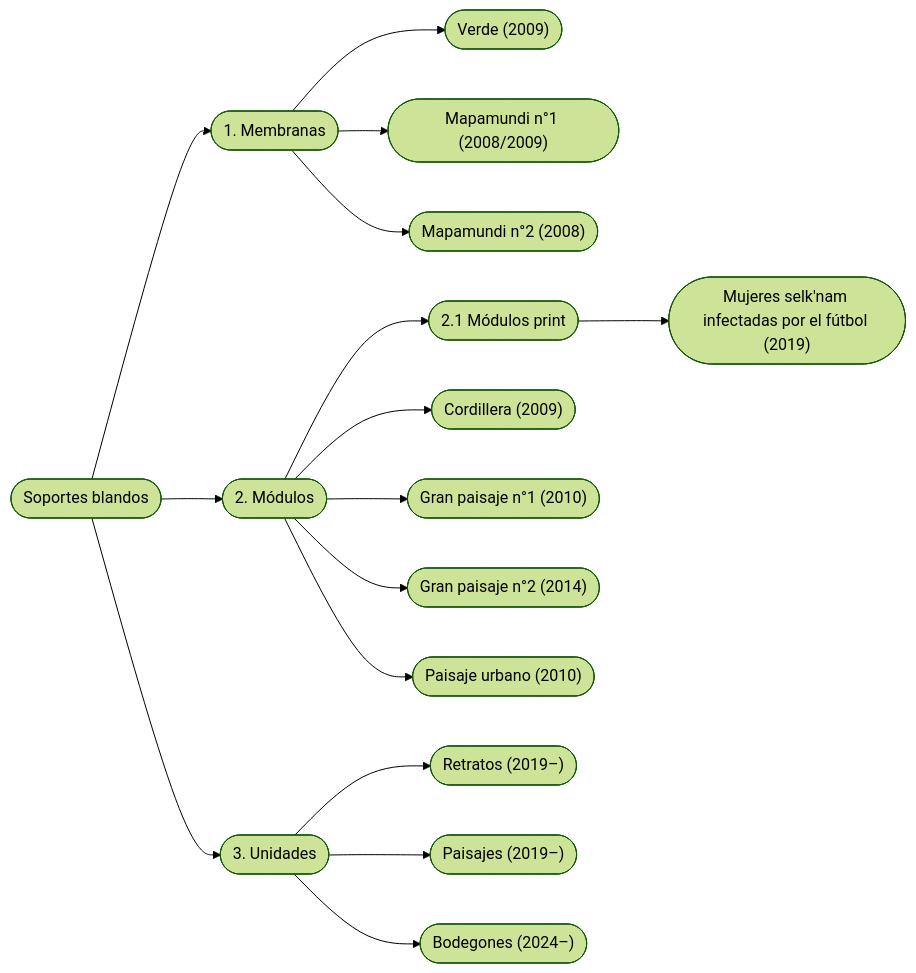
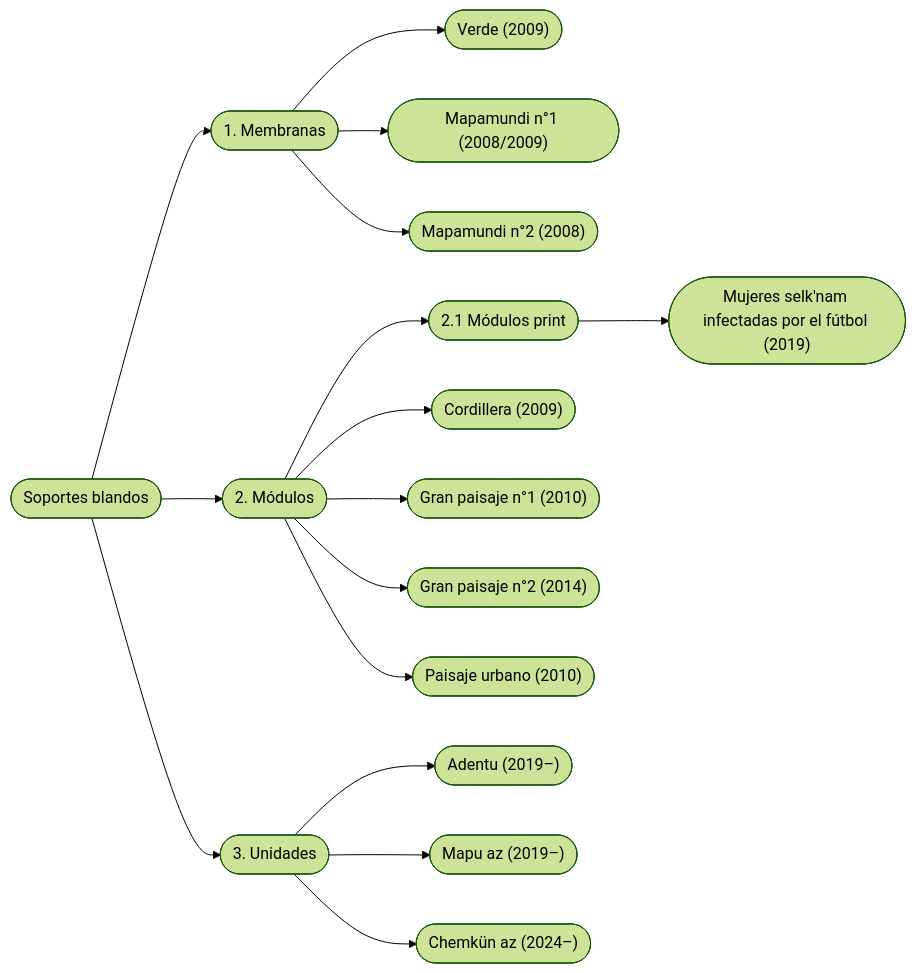
The third of 6 diagrams in MPD/peste-pinturas-infectadas.md (EGGS-Artesvisuales/EGGS-Artesvisuales.github.io), drawn with Mermaid (forest theme) before and after one commit. The commit also changed other lines of this file and 43 other files, not shown here.

```diff
--- a/MPD/peste-pinturas-infectadas.md
+++ b/MPD/peste-pinturas-infectadas.md
@@ -437,49 +437,49 @@
 <div class="mermaid">
 flowchart LR
   SB([Soportes blandos])
   MEM(["1. Membranas"])
   MOD(["2. Módulos"])
   MODP(["2.1 Módulos print"])
   UNI(["3. Unidades"])
 
   SB --> MEM
   SB --> MOD
   MOD --> MODP
   SB --> UNI
 
   MEM --> VER(["Verde (2009)"])
   MEM --> MAP1(["Mapamundi n°1 (2008/2009)"])
   MEM --> MAP2(["Mapamundi n°2 (2008)"])
 
   MOD --> COR(["Cordillera (2009)"])
   MOD --> GP1(["Gran paisaje n°1 (2010)"])
   MOD --> GP2(["Gran paisaje n°2 (2014)"])
   MOD --> PU(["Paisaje urbano (2010)"])
 
   MODP --> SELK(["Mujeres selk'nam infectadas por el fútbol (2019)"])
 
-  UNI --> URET(["Retratos (2019–)"])
-  UNI --> UPAI(["Paisajes (2019–)"])
-  UNI --> UBOD(["Bodegones (2024–)"])
+  UNI --> URET(["Adentu (2019–)"])
+  UNI --> UPAI(["Mapu az (2019–)"])
+  UNI --> UBOD(["Chemkün az (2024–)"])
 
   click SB "#soportes-blandos" "Ir a Soportes blandos"
   click MEM "#membranas" "Ir a Membranas"
   click MOD "#modulos" "Ir a Módulos"
   click MODP "#modulos-prints" "Ir a Módulos print"
   click UNI "#unidades" "Ir a Unidades"
 
   click VER "#verde-2009" "Ir a Verde (2009)"
   click MAP1 "#mapamundi-2009-1" "Ir a Mapamundi n°1 (2008/2009)"
   click MAP2 "#mapamundi-2008-2" "Ir a Mapamundi n°2 (2008)"
 
   click COR "#cordillera-2009" "Ir a Cordillera (2009)"
   click GP1 "#gran-paisaje-1-2010" "Ir a Gran paisaje n°1 (2010)"
   click GP2 "#gran-paisaje-2-2014" "Ir a Gran paisaje n°2 (2014)"
   click PU "#paisaje-urbano-2010" "Ir a Paisaje urbano (2010)"
 
   click SELK "#mujeres-selknam-2019" "Ir a Mujeres selk'nam (2019)"
 
-  click URET "#unidades-retratos-2019" "Ir a Unidades: Retratos"
-  click UPAI "#unidades-paisajes-2019" "Ir a Unidades: Paisajes"
-  click UBOD "#unidades-bodegones-2024" "Ir a Unidades: Bodegones"
+  click URET "#unidades-retratos-2019" "Ir a Unidades: Adentu"
+  click UPAI "#unidades-paisajes-2019" "Ir a Unidades: Mapu az"
+  click UBOD "#unidades-bodegones-2024" "Ir a Unidades: Chemkün az"
 </div>
```
